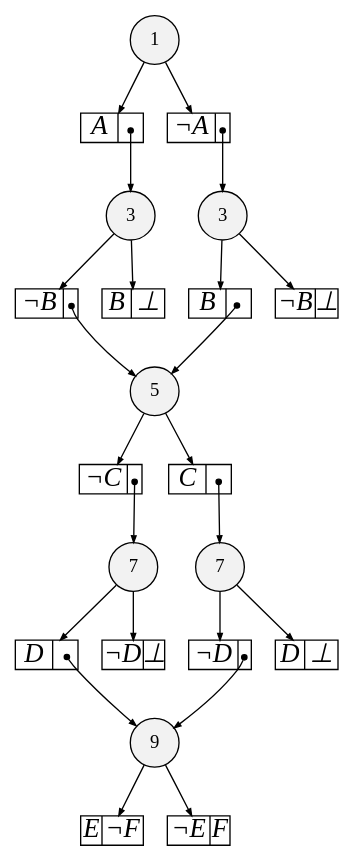
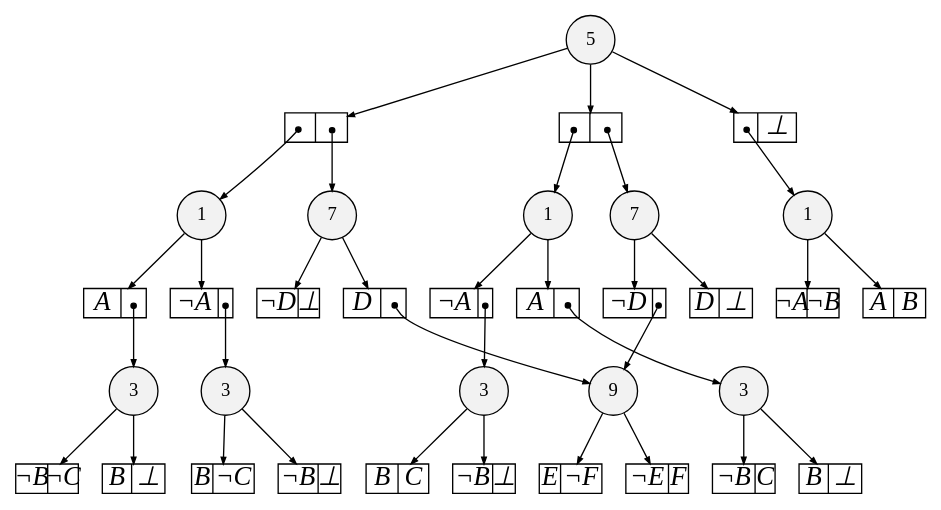
The diagram in sdd_2.dot (MaxMicheluttiUnitn/DecisionDiagrams), drawn with Graphviz before and after one commit. The commit also changed 4 other files, not shown here.

```diff
--- a/sdd_2.dot
+++ b/sdd_2.dot
@@ -4,10 +4,10 @@
 overlap=false
 
 {rank=same; n20 }
-{rank=same; n31 n25 }
-{rank=same; n32 }
-{rank=same; n34 n33 }
-{rank=same; n35 }
+{rank=same; n40 n29 }
+{rank=same; n41 }
+{rank=same; n34 n26 n32 n24 }
+{rank=same; n35 n33 n36 }
 
 n20 [label= "9",style=filled,fillcolor=gray95,shape=circle,height=.25,width=.25]; 
 n20e0
@@ -34,8 +34,8 @@
       width=.65];
 
 n20->n20e1 [arrowsize=.50];
-n31 [label= "7",style=filled,fillcolor=gray95,shape=circle,height=.25,width=.25]; 
-n31e0
+n40 [label= "7",style=filled,fillcolor=gray95,shape=circle,height=.25,width=.25]; 
+n40e0
       [label= "<L>D|<R>",
       shape=record,
       fontsize=20,
@@ -46,9 +46,9 @@
       height=.30, 
       width=.65];
 
-n31->n31e0 [arrowsize=.50];
-n31e0:R:c->n20 [arrowsize=.50,tailclip=false,arrowtail=dot,dir=both];
-n31e1
+n40->n40e0 [arrowsize=.50];
+n40e0:R:c->n20 [arrowsize=.50,tailclip=false,arrowtail=dot,dir=both];
+n40e1
       [label= "<L>&not;D|<R>&#8869;",
       shape=record,
       fontsize=20,
@@ -59,9 +59,9 @@
       height=.30, 
       width=.65];
 
-n31->n31e1 [arrowsize=.50];
-n25 [label= "7",style=filled,fillcolor=gray95,shape=circle,height=.25,width=.25]; 
-n25e0
+n40->n40e1 [arrowsize=.50];
+n29 [label= "7",style=filled,fillcolor=gray95,shape=circle,height=.25,width=.25]; 
+n29e0
       [label= "<L>&not;D|<R>",
       shape=record,
       fontsize=20,
@@ -72,9 +72,9 @@
       height=.30, 
       width=.65];
 
-n25->n25e0 [arrowsize=.50];
-n25e0:R:c->n20 [arrowsize=.50,tailclip=false,arrowtail=dot,dir=both];
-n25e1
+n29->n29e0 [arrowsize=.50];
+n29e0:R:c->n20 [arrowsize=.50,tailclip=false,arrowtail=dot,dir=both];
+n29e1
       [label= "<L>D|<R>&#8869;",
       shape=record,
       fontsize=20,
@@ -85,10 +85,102 @@
       height=.30, 
       width=.65];
 
-n25->n25e1 [arrowsize=.50];
-n32 [label= "5",style=filled,fillcolor=gray95,shape=circle,height=.25,width=.25]; 
+n29->n29e1 [arrowsize=.50];
+n41 [label= "5",style=filled,fillcolor=gray95,shape=circle,height=.25,width=.25]; 
+n41e0
+      [label= "<L>|<R>",
+      shape=record,
+      fontsize=20,
+      fontname="Times-Italic",
+      fillcolor=white,
+      style=filled,
+      fixedsize=true,
+      height=.30, 
+      width=.65];
+
+n41->n41e0 [arrowsize=.50];
+n41e0:L:c->n35 [arrowsize=.50,tailclip=false,arrowtail=dot,dir=both];
+n41e0:R:c->n40 [arrowsize=.50,tailclip=false,arrowtail=dot,dir=both];
+n41e1
+      [label= "<L>|<R>",
+      shape=record,
+      fontsize=20,
+      fontname="Times-Italic",
+      fillcolor=white,
+      style=filled,
+      fixedsize=true,
+      height=.30, 
+      width=.65];
+
+n41->n41e1 [arrowsize=.50];
+n41e1:L:c->n33 [arrowsize=.50,tailclip=false,arrowtail=dot,dir=both];
+n41e1:R:c->n29 [arrowsize=.50,tailclip=false,arrowtail=dot,dir=both];
+n41e2
+      [label= "<L>|<R>&#8869;",
+      shape=record,
+      fontsize=20,
+      fontname="Times-Italic",
+      fillcolor=white,
+      style=filled,
+      fixedsize=true,
+      height=.30, 
+      width=.65];
+
+n41->n41e2 [arrowsize=.50];
+n41e2:L:c->n36 [arrowsize=.50,tailclip=false,arrowtail=dot,dir=both];
+n34 [label= "3",style=filled,fillcolor=gray95,shape=circle,height=.25,width=.25]; 
+n34e0
+      [label= "<L>B|<R>&not;C",
+      shape=record,
+      fontsize=20,
+      fontname="Times-Italic",
+      fillcolor=white,
+      style=filled,
+      fixedsize=true,
+      height=.30, 
+      width=.65];
+
+n34->n34e0 [arrowsize=.50];
+n34e1
+      [label= "<L>&not;B|<R>&#8869;",
+      shape=record,
+      fontsize=20,
+      fontname="Times-Italic",
+      fillcolor=white,
+      style=filled,
+      fixedsize=true,
+      height=.30, 
+      width=.65];
+
+n34->n34e1 [arrowsize=.50];
+n26 [label= "3",style=filled,fillcolor=gray95,shape=circle,height=.25,width=.25]; 
+n26e0
+      [label= "<L>&not;B|<R>&not;C",
+      shape=record,
+      fontsize=20,
+      fontname="Times-Italic",
+      fillcolor=white,
+      style=filled,
+      fixedsize=true,
+      height=.30, 
+      width=.65];
+
+n26->n26e0 [arrowsize=.50];
+n26e1
+      [label= "<L>B|<R>&#8869;",
+      shape=record,
+      fontsize=20,
+      fontname="Times-Italic",
+      fillcolor=white,
+      style=filled,
+      fixedsize=true,
+      height=.30, 
+      width=.65];
+
+n26->n26e1 [arrowsize=.50];
+n32 [label= "3",style=filled,fillcolor=gray95,shape=circle,height=.25,width=.25]; 
 n32e0
-      [label= "<L>&not;C|<R>",
+      [label= "<L>B|<R>C",
       shape=record,
       fontsize=20,
       fontname="Times-Italic",
@@ -99,9 +191,8 @@
       width=.65];
 
 n32->n32e0 [arrowsize=.50];
-n32e0:R:c->n31 [arrowsize=.50,tailclip=false,arrowtail=dot,dir=both];
 n32e1
-      [label= "<L>C|<R>",
+      [label= "<L>&not;B|<R>&#8869;",
       shape=record,
       fontsize=20,
       fontname="Times-Italic",
@@ -112,10 +203,9 @@
       width=.65];
 
 n32->n32e1 [arrowsize=.50];
-n32e1:R:c->n25 [arrowsize=.50,tailclip=false,arrowtail=dot,dir=both];
-n34 [label= "3",style=filled,fillcolor=gray95,shape=circle,height=.25,width=.25]; 
-n34e0
-      [label= "<L>&not;B|<R>",
+n24 [label= "3",style=filled,fillcolor=gray95,shape=circle,height=.25,width=.25]; 
+n24e0
+      [label= "<L>&not;B|<R>C",
       shape=record,
       fontsize=20,
       fontname="Times-Italic",
@@ -125,9 +215,8 @@
       height=.30, 
       width=.65];
 
-n34->n34e0 [arrowsize=.50];
-n34e0:R:c->n32 [arrowsize=.50,tailclip=false,arrowtail=dot,dir=both];
-n34e1
+n24->n24e0 [arrowsize=.50];
+n24e1
       [label= "<L>B|<R>&#8869;",
       shape=record,
       fontsize=20,
@@ -138,10 +227,37 @@
       height=.30, 
       width=.65];
 
-n34->n34e1 [arrowsize=.50];
-n33 [label= "3",style=filled,fillcolor=gray95,shape=circle,height=.25,width=.25]; 
+n24->n24e1 [arrowsize=.50];
+n35 [label= "1",style=filled,fillcolor=gray95,shape=circle,height=.25,width=.25]; 
+n35e0
+      [label= "<L>&not;A|<R>",
+      shape=record,
+      fontsize=20,
+      fontname="Times-Italic",
+      fillcolor=white,
+      style=filled,
+      fixedsize=true,
+      height=.30, 
+      width=.65];
+
+n35->n35e0 [arrowsize=.50];
+n35e0:R:c->n34 [arrowsize=.50,tailclip=false,arrowtail=dot,dir=both];
+n35e1
+      [label= "<L>A|<R>",
+      shape=record,
+      fontsize=20,
+      fontname="Times-Italic",
+      fillcolor=white,
+      style=filled,
+      fixedsize=true,
+      height=.30, 
+      width=.65];
+
+n35->n35e1 [arrowsize=.50];
+n35e1:R:c->n26 [arrowsize=.50,tailclip=false,arrowtail=dot,dir=both];
+n33 [label= "1",style=filled,fillcolor=gray95,shape=circle,height=.25,width=.25]; 
 n33e0
-      [label= "<L>B|<R>",
+      [label= "<L>&not;A|<R>",
       shape=record,
       fontsize=20,
       fontname="Times-Italic",
@@ -154,7 +270,7 @@
 n33->n33e0 [arrowsize=.50];
 n33e0:R:c->n32 [arrowsize=.50,tailclip=false,arrowtail=dot,dir=both];
 n33e1
-      [label= "<L>&not;B|<R>&#8869;",
+      [label= "<L>A|<R>",
       shape=record,
       fontsize=20,
       fontname="Times-Italic",
@@ -165,9 +281,10 @@
       width=.65];
 
 n33->n33e1 [arrowsize=.50];
-n35 [label= "1",style=filled,fillcolor=gray95,shape=circle,height=.25,width=.25]; 
-n35e0
-      [label= "<L>A|<R>",
+n33e1:R:c->n24 [arrowsize=.50,tailclip=false,arrowtail=dot,dir=both];
+n36 [label= "1",style=filled,fillcolor=gray95,shape=circle,height=.25,width=.25]; 
+n36e0
+      [label= "<L>&not;A|<R>&not;B",
       shape=record,
       fontsize=20,
       fontname="Times-Italic",
@@ -177,10 +294,9 @@
       height=.30, 
       width=.65];
 
-n35->n35e0 [arrowsize=.50];
-n35e0:R:c->n34 [arrowsize=.50,tailclip=false,arrowtail=dot,dir=both];
-n35e1
-      [label= "<L>&not;A|<R>",
+n36->n36e0 [arrowsize=.50];
+n36e1
+      [label= "<L>A|<R>B",
       shape=record,
       fontsize=20,
       fontname="Times-Italic",
@@ -190,8 +306,7 @@
       height=.30, 
       width=.65];
 
-n35->n35e1 [arrowsize=.50];
-n35e1:R:c->n33 [arrowsize=.50,tailclip=false,arrowtail=dot,dir=both];
+n36->n36e1 [arrowsize=.50];
 
 
 }
```
